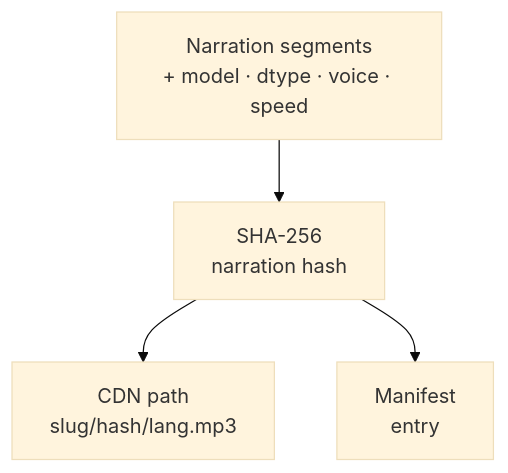
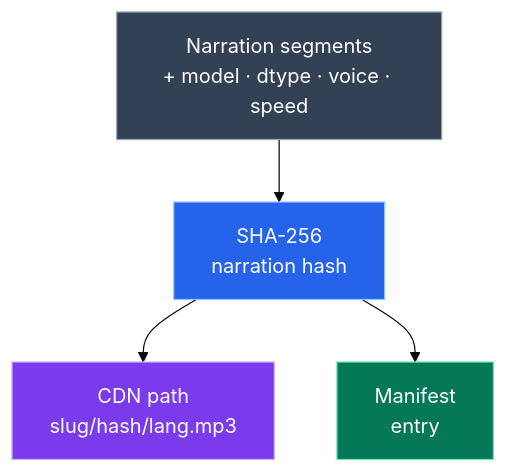
One commit to g-savitha/gsavitha.in changed the third of 7 diagrams in src/content/blog/blog-audio-player.md. Above: the diagram before and after it, drawn with Mermaid (base theme). The commit also changed other lines of this file and 6 other files, not shown here.

Commit message:
Mermaid: restore the original hand-picked palette (AA nudges, rose instead of bright red)

````diff
--- a/src/content/blog/blog-audio-player.md
+++ b/src/content/blog/blog-audio-player.md
@@ -222,6 +235,11 @@
 ```mermaid
 flowchart TD
     INPUTS["Narration segments\n+ model · dtype · voice · speed"]:::content --> HASH["SHA-256\nnarration hash"]:::primary
     HASH --> URL["CDN path\nslug/hash/lang.mp3"]:::accent
     HASH --> ENTRY["Manifest\nentry"]:::success
+
+    classDef primary fill:#2563eb,stroke:#93c5fd,color:#ffffff
+    classDef accent fill:#7c3aed,stroke:#c4b5fd,color:#ffffff
+    classDef success fill:#047857,stroke:#6ee7b7,color:#ffffff
+    classDef content fill:#334155,stroke:#94a3b8,color:#ffffff
 ```
````
